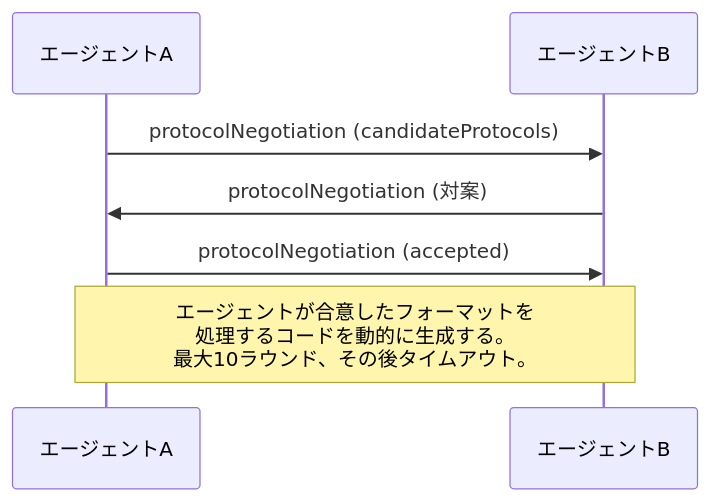
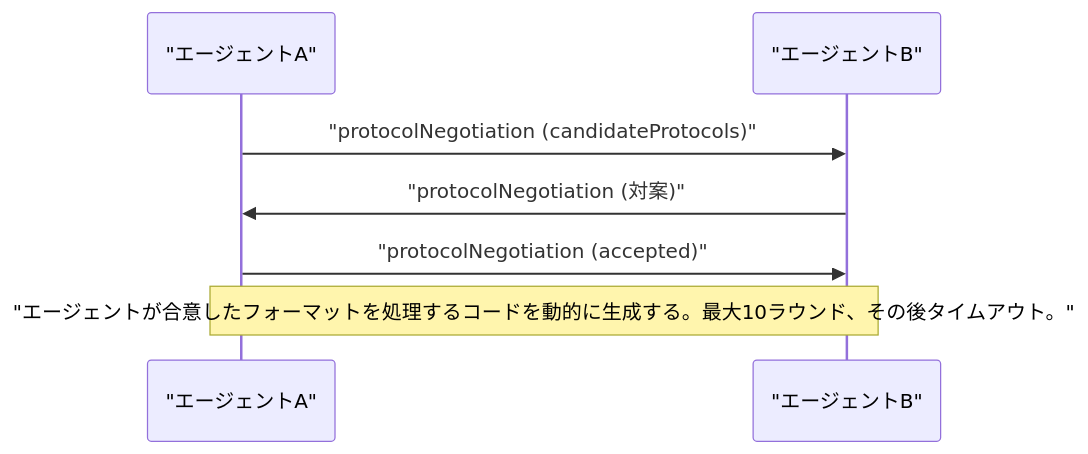
Before and after one commit to shoshoshomen/synapse-academy: the tenth of 13 diagrams in content/phases/16-multi-agent-and-swarms/03-communication-protocols/lesson.ja.md, drawn with Mermaid. The commit also changed other lines of this file and 124 other files, not shown here.

First line of the commit message:
feat(i18n): mermaid図のラベルを日本語化(194レッスン/374図)

````diff
--- a/content/phases/16-multi-agent-and-swarms/03-communication-protocols/lesson.ja.md
+++ b/content/phases/16-multi-agent-and-swarms/03-communication-protocols/lesson.ja.md
@@ -536,10 +536,10 @@
 ```mermaid
 sequenceDiagram
-    participant A as エージェントA
-    participant B as エージェントB
+    participant A as "エージェントA"
+    participant B as "エージェントB"
 
-    A->>B: protocolNegotiation (candidateProtocols)
-    B->>A: protocolNegotiation (対案)
-    A->>B: protocolNegotiation (accepted)
-    Note over A,B: エージェントが合意したフォーマットを<br/>処理するコードを動的に生成する。<br/>最大10ラウンド、その後タイムアウト。
+    A->>B: "protocolNegotiation (candidateProtocols)"
+    B->>A: "protocolNegotiation (対案)"
+    A->>B: "protocolNegotiation (accepted)"
+    Note over A,B: "エージェントが合意したフォーマットを処理するコードを動的に生成する。最大10ラウンド、その後タイムアウト。"
 ```
````
